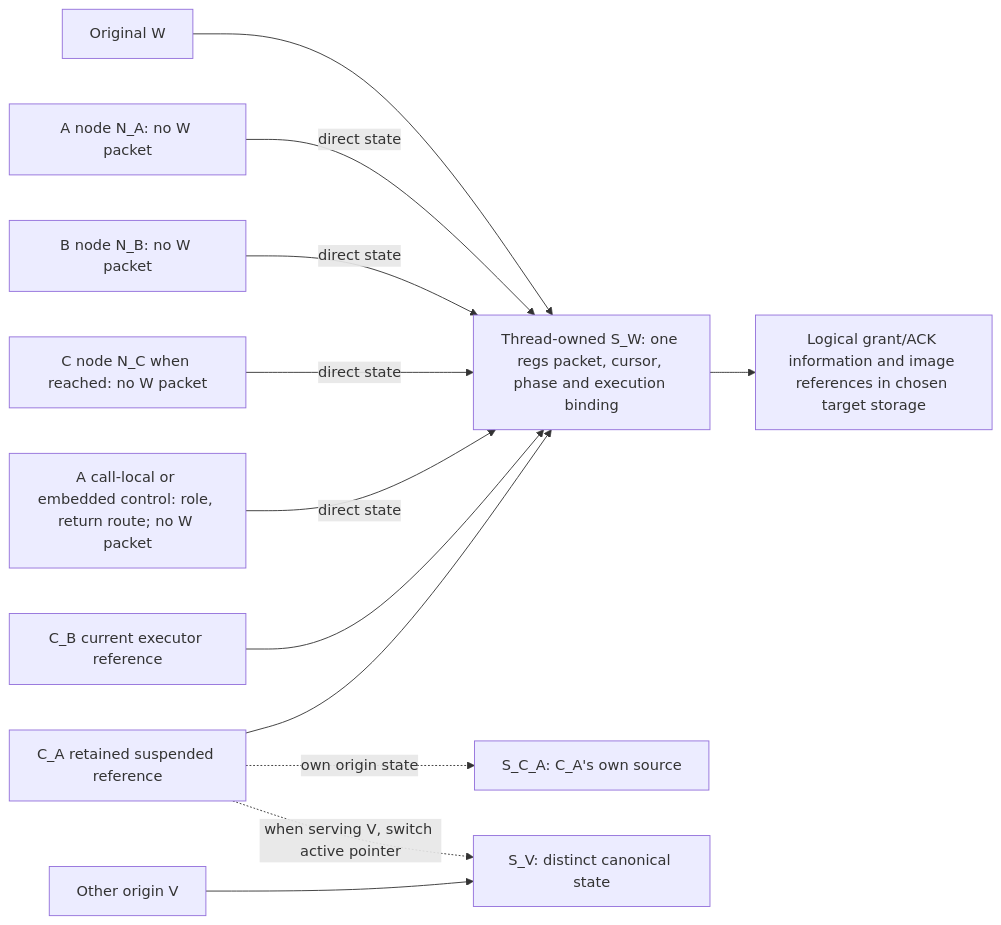
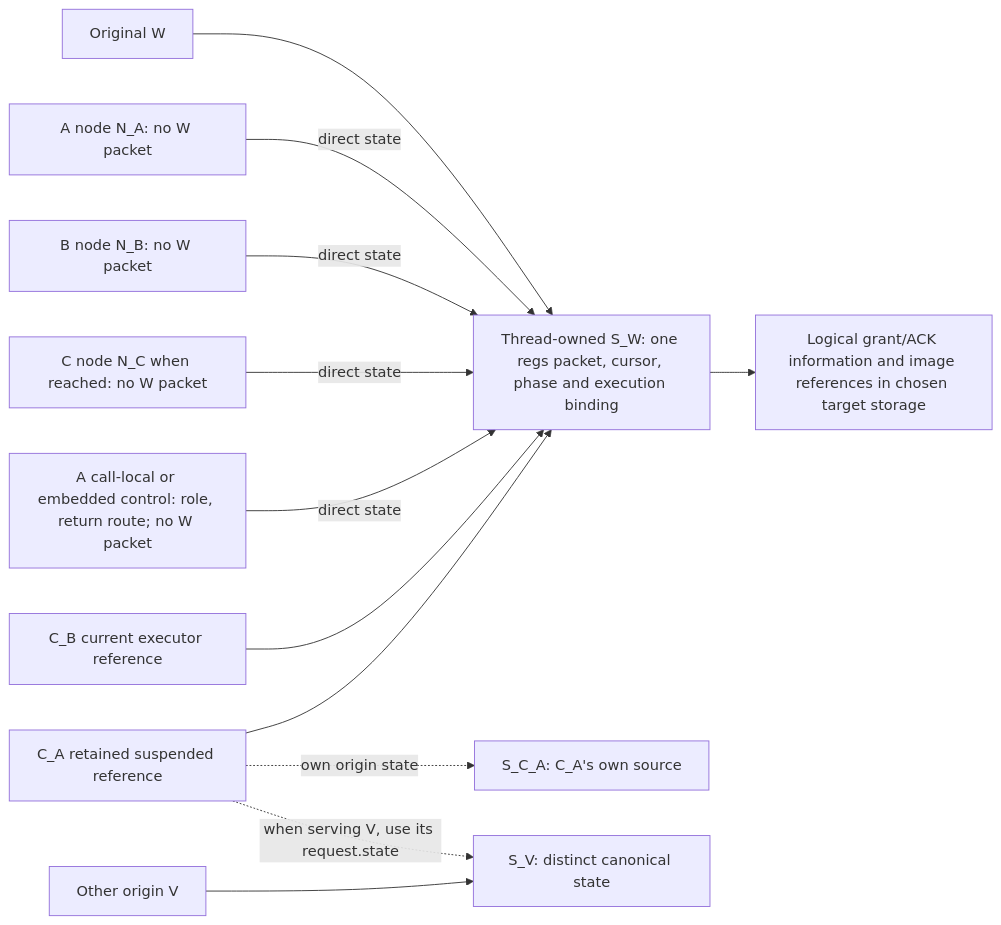
Before and after one commit to hailongeric/kdlock: the first of 2 diagrams in docs/design/kdlock_redesign/01_lock_protocol.md, drawn with Mermaid. The commit also changed other lines of this file and 5 other files, not shown here.

````diff
--- a/docs/design/kdlock_redesign/01_lock_protocol.md
+++ b/docs/design/kdlock_redesign/01_lock_protocol.md
@@ -302,14 +330,14 @@
 ```mermaid
 flowchart LR
     W["Original W"] --> SW["Thread-owned S_W: one regs packet, cursor, phase and execution binding"]
     NA["A node N_A: no W packet"] -->|direct state| SW
     NB["B node N_B: no W packet"] -->|direct state| SW
     NC["C node N_C when reached: no W packet"] -->|direct state| SW
     EA["A call-local or embedded control: role, return route; no W packet"] -->|direct state| SW
     CA["C_A retained suspended reference"] --> SW
     CB["C_B current executor reference"] --> SW
     SW --> GR["Logical grant/ACK information and image references in chosen target storage"]
     CA -. "own origin state" .-> SCA["S_C_A: C_A's own source"]
     V["Other origin V"] --> SV["S_V: distinct canonical state"]
-    CA -. "when serving V, switch active pointer" .-> SV
+    CA -. "when serving V, use its request.state" .-> SV
 ```
````
